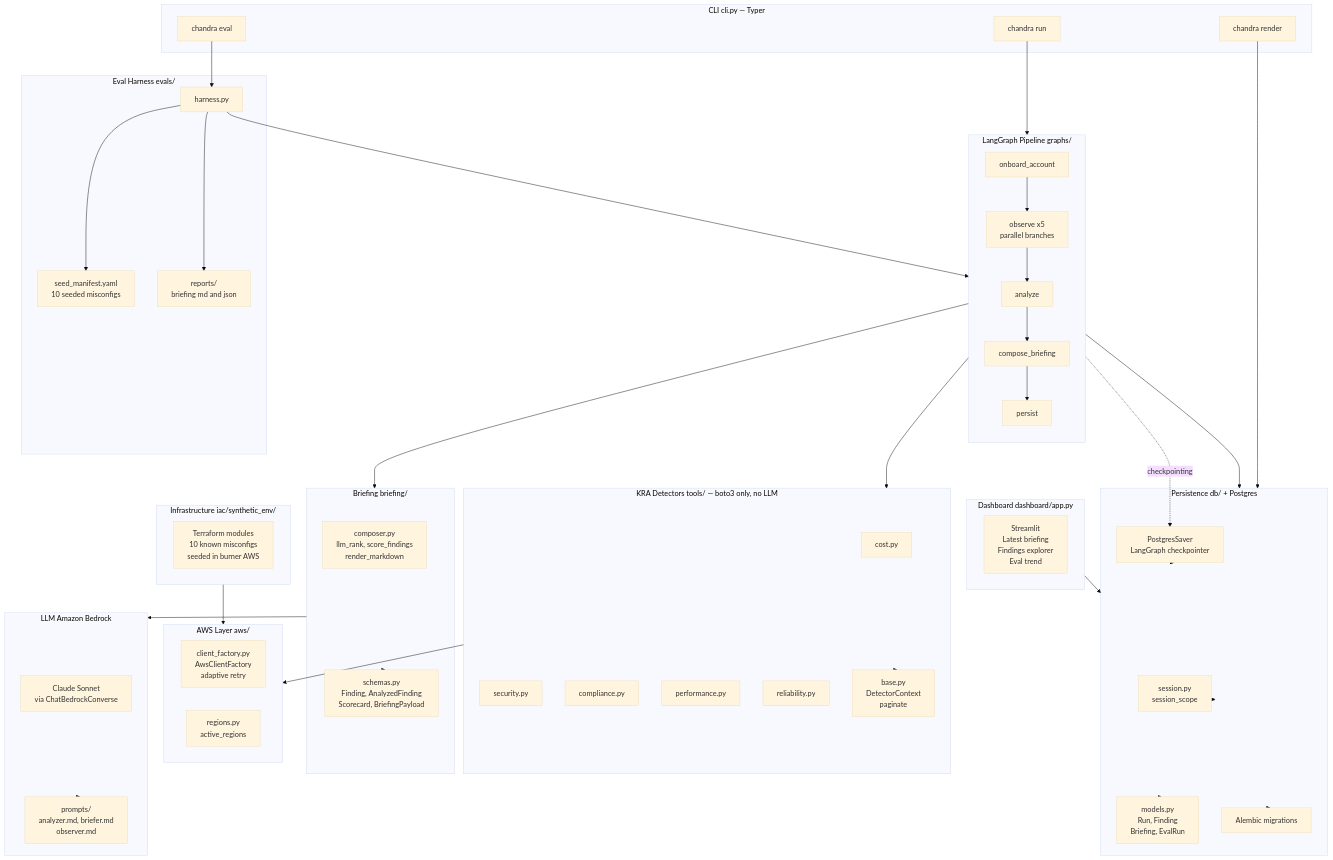
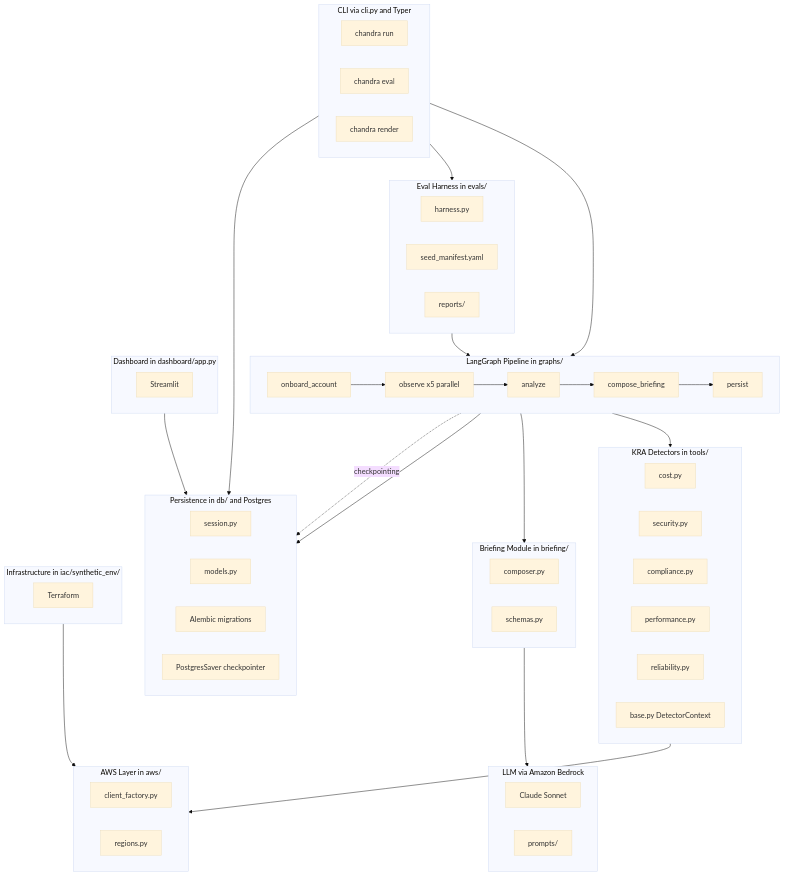
One commit to phanindraintelligenzit-afk/chandra changed the second of 3 diagrams in README.md. Above: the diagram before and after it, drawn with Mermaid (base theme). The commit also changed other lines of this file, not shown here.

Commit message:
finalized architecture diagrams

````diff
--- a/README.md
+++ b/README.md
@@ -47,89 +47,79 @@
 ```mermaid
 flowchart TB
-    subgraph CLI["CLI  cli.py — Typer"]
+    subgraph CLI["CLI via cli.py and Typer"]
         run_cmd["chandra run"]
         eval_cmd["chandra eval"]
         render_cmd["chandra render"]
     end
 
-    subgraph Graph["LangGraph Pipeline  graphs/"]
-        direction TB
-        G1[onboard_account]
-        G2["observe x5\nparallel branches"]
-        G3[analyze]
-        G4[compose_briefing]
-        G5[persist]
+    subgraph Graph["LangGraph Pipeline in graphs/"]
+        G1["onboard_account"]
+        G2["observe x5 parallel"]
+        G3["analyze"]
+        G4["compose_briefing"]
+        G5["persist"]
         G1 --> G2 --> G3 --> G4 --> G5
     end
 
-    subgraph Tools["KRA Detectors  tools/  — boto3 only, no LLM"]
-        T1[cost.py]
-        T2[security.py]
-        T3[compliance.py]
-        T4[performance.py]
-        T5[reliability.py]
-        TBASE["base.py\nDetectorContext\npaginate"]
+    subgraph Tools["KRA Detectors in tools/"]
+        T1["cost.py"]
+        T2["security.py"]
+        T3["compliance.py"]
+        T4["performance.py"]
+        T5["reliability.py"]
+        T6["base.py DetectorContext"]
     end
 
-    subgraph Briefing["Briefing  briefing/"]
-        B1["composer.py\nllm_rank, score_findings\nrender_markdown"]
-        B2["schemas.py\nFinding, AnalyzedFinding\nScorecard, BriefingPayload"]
+    subgraph Briefing["Briefing Module in briefing/"]
+        B1["composer.py"]
+        B2["schemas.py"]
     end
 
-    subgraph AWS["AWS Layer  aws/"]
-        A1["client_factory.py\nAwsClientFactory\nadaptive retry"]
-        A2["regions.py\nactive_regions"]
+    subgraph AWSLayer["AWS Layer in aws/"]
+        A1["client_factory.py"]
+        A2["regions.py"]
     end
 
-    subgraph LLM["LLM  Amazon Bedrock"]
-        L1["Claude Sonnet\nvia ChatBedrockConverse"]
-        L2["prompts/\nanalyzer.md, briefer.md\nobserver.md"]
+    subgraph LLM["LLM via Amazon Bedrock"]
+        L1["Claude Sonnet"]
+        L2["prompts/"]
     end
 
-    subgraph DB["Persistence  db/ + Postgres"]
-        D1["session.py\nsession_scope"]
-        D2["models.py\nRun, Finding\nBriefing, EvalRun"]
+    subgraph DB["Persistence in db/ and Postgres"]
+        D1["session.py"]
+        D2["models.py"]
         D3["Alembic migrations"]
-        CP["PostgresSaver\nLangGraph checkpointer"]
+        D4["PostgresSaver checkpointer"]
     end
 
-    subgraph Dashboard["Dashboard  dashboard/app.py"]
-        Dash["Streamlit\nLatest briefing\nFindings explorer\nEval trend"]
+    subgraph Dashboard["Dashboard in dashboard/app.py"]
+        Dash["Streamlit"]
     end
 
-    subgraph Evals["Eval Harness  evals/"]
-        EH[harness.py]
-        SM["seed_manifest.yaml\n10 seeded misconfigs"]
-        ER["reports/\nbriefing md and json"]
+    subgraph Evals["Eval Harness in evals/"]
+        E1["harness.py"]
+        E2["seed_manifest.yaml"]
+        E3["reports/"]
     end
 
-    subgraph IAC["Infrastructure  iac/synthetic_env/"]
-        TF["Terraform modules\n10 known misconfigs\nseeded in burner AWS"]
+    subgraph IAC["Infrastructure in iac/synthetic_env/"]
+        TF["Terraform"]
     end
 
-    run_cmd --> Graph
-    eval_cmd --> EH
-    render_cmd --> DB
+    CLI --> Graph
+    CLI --> Evals
+    CLI --> DB
 
     Graph --> Tools
     Graph --> Briefing
     Graph --> DB
 
-    Tools --> AWS
-    Tools --> TBASE
+    Tools --> AWSLayer
     Briefing --> LLM
-    Briefing --> B2
-    LLM --> L2
 
-    DB --> D1
-    DB --> D2
-    DB --> D3
-    Graph -.->|checkpointing| CP
-    CP --> DB
+    Graph -.->|checkpointing| DB
 
     Dashboard --> DB
-    EH --> Graph
-    EH --> SM
-    EH --> ER
-    IAC --> AWS
+    Evals --> Graph
+    IAC --> AWSLayer
 ```
````
